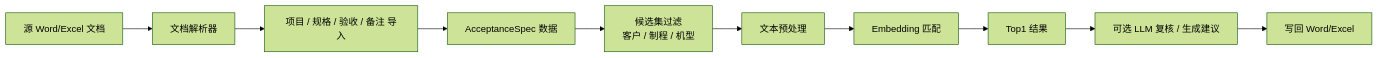
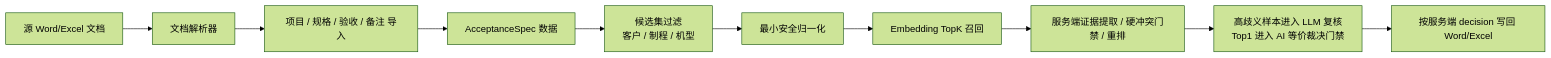
One commit to xiaocaiisxiaocai/AcceptanceSpecRecognition changed the first of 2 diagrams in docs/matching-evaluation-and-rerank-plan.md. Above: the diagram before and after it, drawn with Mermaid (forest theme). The commit also changed other lines of this file and 255 other files, not shown here.

````diff
--- a/docs/matching-evaluation-and-rerank-plan.md
+++ b/docs/matching-evaluation-and-rerank-plan.md
@@ -23,13 +25,14 @@
 ```mermaid
 flowchart LR
   A["源 Word/Excel 文档"] --> B["文档解析器"]
   B --> C["项目 / 规格 / 验收 / 备注 导入"]
   C --> D["AcceptanceSpec 数据"]
   D --> E["候选集过滤
 客户 / 制程 / 机型"]
-  E --> F["文本预处理"]
-  F --> G["Embedding 匹配"]
-  G --> H["Top1 结果"]
-  H --> I["可选 LLM 复核 / 生成建议"]
-  I --> J["写回 Word/Excel"]
+  E --> F["最小安全归一化"]
+  F --> G["Embedding TopK 召回"]
+  G --> H["服务端证据提取 / 硬冲突门禁 / 重排"]
+  H --> I["高歧义样本进入 LLM 复核
+Top1 进入 AI 等价裁决门禁"]
+  I --> J["按服务端 decision 写回 Word/Excel"]
 ```
````
